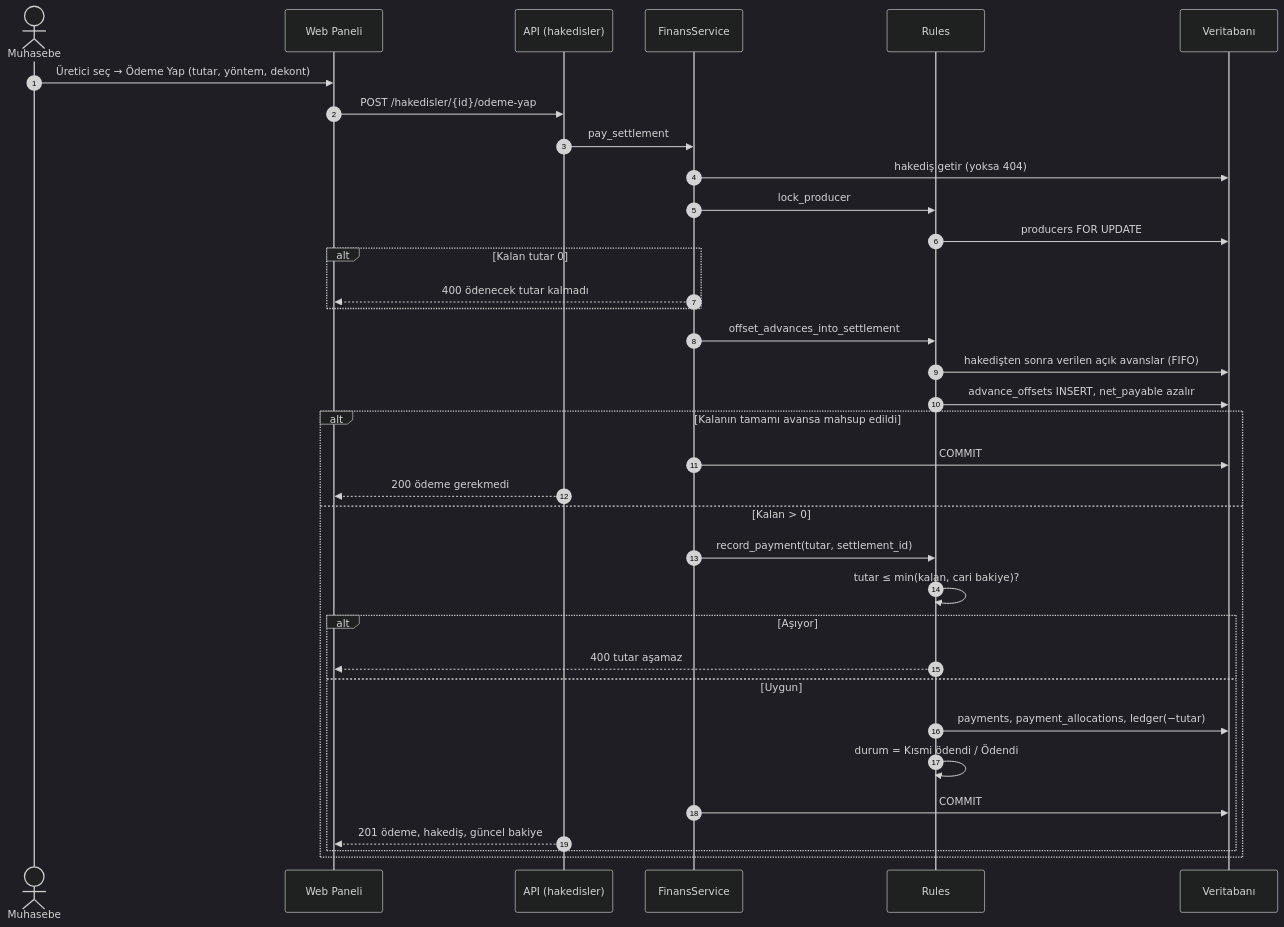
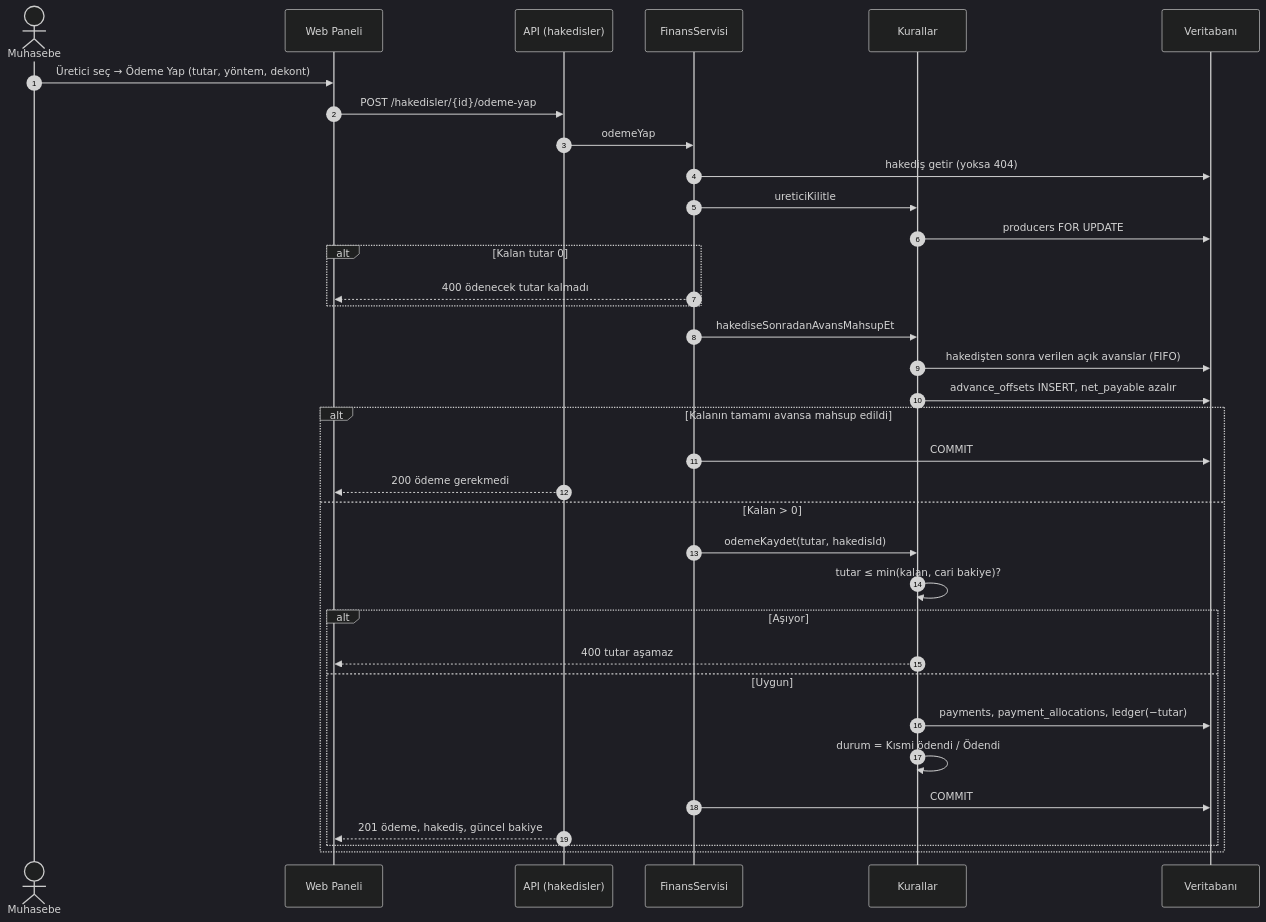
The fifth of 11 diagrams in docs/UML.md (nisanurhrmn1/siirt-fistik-sistemi), drawn with Mermaid (dark theme) before and after one commit. The commit also changed other lines of this file and 80 other files, not shown here.

````diff
--- a/docs/UML.md
+++ b/docs/UML.md
@@ -360,38 +360,38 @@
 ```mermaid
 sequenceDiagram
     autonumber
     actor MU as Muhasebe
     participant UI as Web Paneli
     participant API as API (hakedisler)
-    participant FS as FinansService
-    participant R as Rules
+    participant FS as FinansServisi
+    participant R as Kurallar
     participant DB as Veritabanı
 
     MU->>UI: Üretici seç → Ödeme Yap (tutar, yöntem, dekont)
     UI->>API: POST /hakedisler/{id}/odeme-yap
-    API->>FS: pay_settlement
+    API->>FS: odemeYap
     FS->>DB: hakediş getir (yoksa 404)
-    FS->>R: lock_producer
+    FS->>R: ureticiKilitle
     R->>DB: producers FOR UPDATE
     alt Kalan tutar 0
         FS-->>UI: 400 ödenecek tutar kalmadı
     end
-    FS->>R: offset_advances_into_settlement
+    FS->>R: hakediseSonradanAvansMahsupEt
     R->>DB: hakedişten sonra verilen açık avanslar (FIFO)
     R->>DB: advance_offsets INSERT, net_payable azalır
     alt Kalanın tamamı avansa mahsup edildi
         FS->>DB: COMMIT
         API-->>UI: 200 ödeme gerekmedi
     else Kalan > 0
-        FS->>R: record_payment(tutar, settlement_id)
+        FS->>R: odemeKaydet(tutar, hakedisId)
         R->>R: tutar ≤ min(kalan, cari bakiye)?
         alt Aşıyor
             R-->>UI: 400 tutar aşamaz
         else Uygun
             R->>DB: payments, payment_allocations, ledger(−tutar)
             R->>R: durum = Kısmi ödendi / Ödendi
             FS->>DB: COMMIT
             API-->>UI: 201 ödeme, hakediş, güncel bakiye
         end
     end
 ```
````
